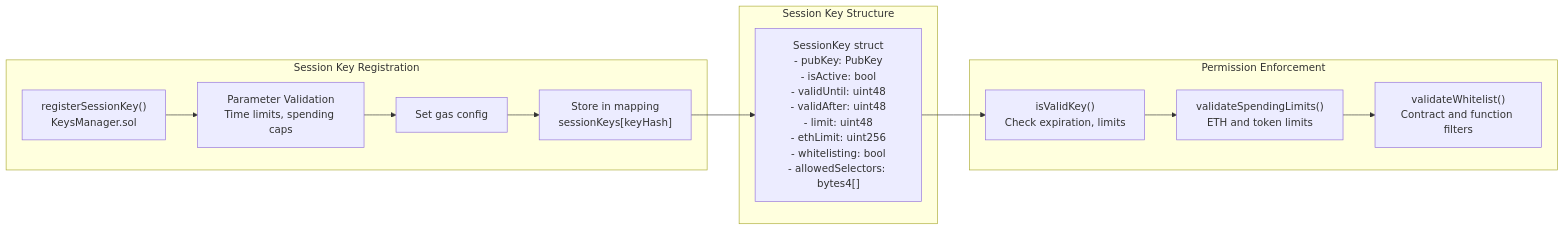
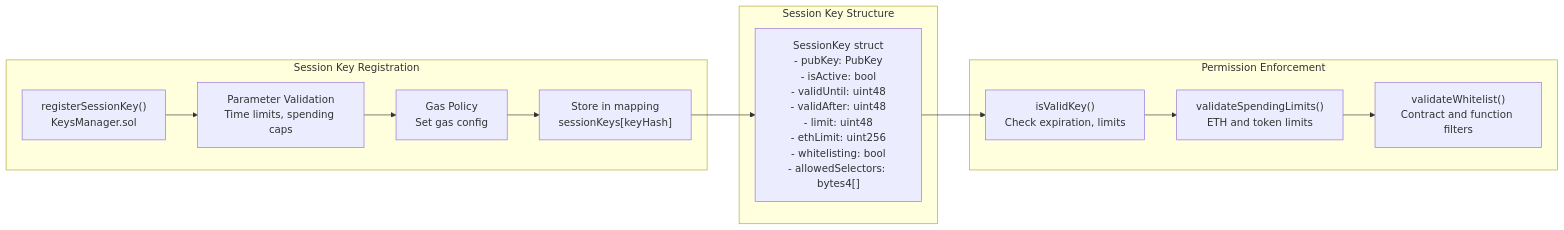
One commit to openfort-xyz/openfort-7702-account changed the third of 3 diagrams in docs/Architecture.md. Above: the diagram before and after it, drawn with Mermaid.

Commit message:
(fix) Architecture.md

````diff
--- a/docs/Architecture.md
+++ b/docs/Architecture.md
@@ -377,28 +377,28 @@
 ```mermaid
 flowchart LR
     subgraph "Session Key Registration"
         RegisterKey["registerSessionKey()<br/>KeysManager.sol"]
         ValidateParams["Parameter Validation<br/>Time limits, spending caps"]
-        GasPolicy["Set gas config"]
+        GasPolicy["Gas Policy<br/>Set gas config"]
         StoreKey["Store in mapping<br/>sessionKeys[keyHash]"]
     end
     
     subgraph "Session Key Structure"
         SessionKeyStruct["SessionKey struct<br/>- pubKey: PubKey<br/>- isActive: bool<br/>- validUntil: uint48<br/>- validAfter: uint48<br/>- limit: uint48<br/>- ethLimit: uint256<br/>- whitelisting: bool<br/>- allowedSelectors: bytes4[]"]
     end
     
     subgraph "Permission Enforcement"
         ValidateKey["isValidKey()<br/>Check expiration, limits"]
         CheckSpending["validateSpendingLimits()<br/>ETH and token limits"]
         CheckWhitelist["validateWhitelist()<br/>Contract and function filters"]
     end
 
     %% Flow connections
     RegisterKey --> ValidateParams
     ValidateParams --> GasPolicy
     GasPolicy --> StoreKey
     StoreKey --> SessionKeyStruct
     SessionKeyStruct --> ValidateKey
     ValidateKey --> CheckSpending
     CheckSpending --> CheckWhitelist
 ``` 
````
